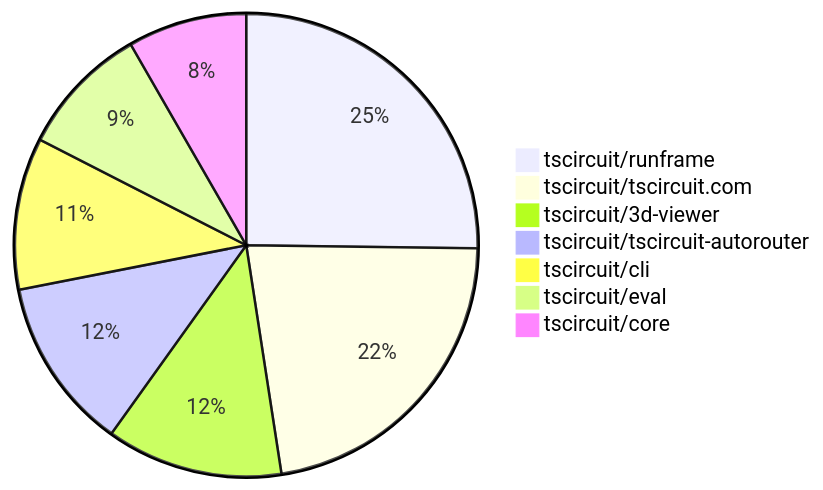
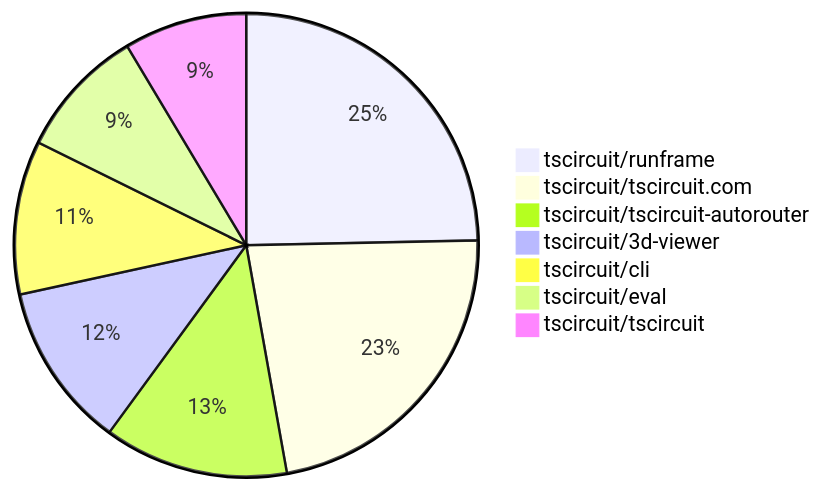
Before and after one commit to tscircuit/contribution-tracker: the second of 2 diagrams in README.md, drawn with Mermaid. The commit also changed other lines of this file and 3 other files, not shown here.

````diff
--- a/README.md
+++ b/README.md
@@ -145,10 +146,10 @@
 ```mermaid
 pie
-    "tscircuit/runframe" : 88
-    "tscircuit/tscircuit.com" : 78
+    "tscircuit/runframe" : 92
+    "tscircuit/tscircuit.com" : 84
+    "tscircuit/tscircuit-autorouter" : 48
     "tscircuit/3d-viewer" : 43
-    "tscircuit/tscircuit-autorouter" : 42
-    "tscircuit/cli" : 37
-    "tscircuit/eval" : 32
-    "tscircuit/core" : 29
+    "tscircuit/cli" : 40
+    "tscircuit/eval" : 34
+    "tscircuit/tscircuit" : 32
 ```
````
